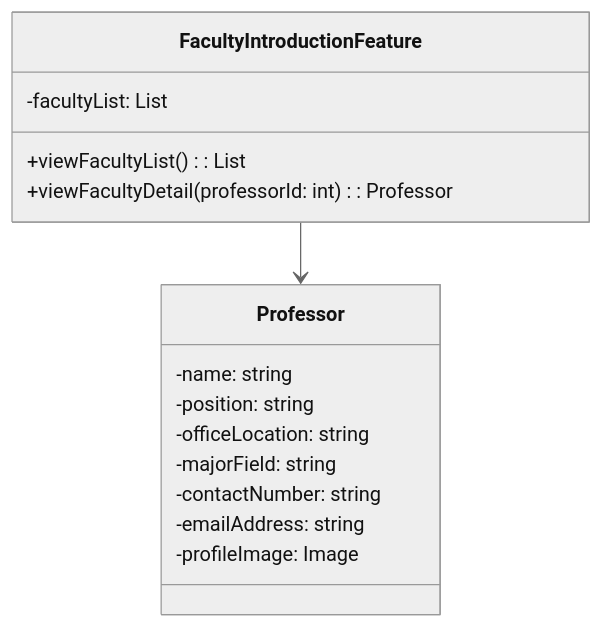
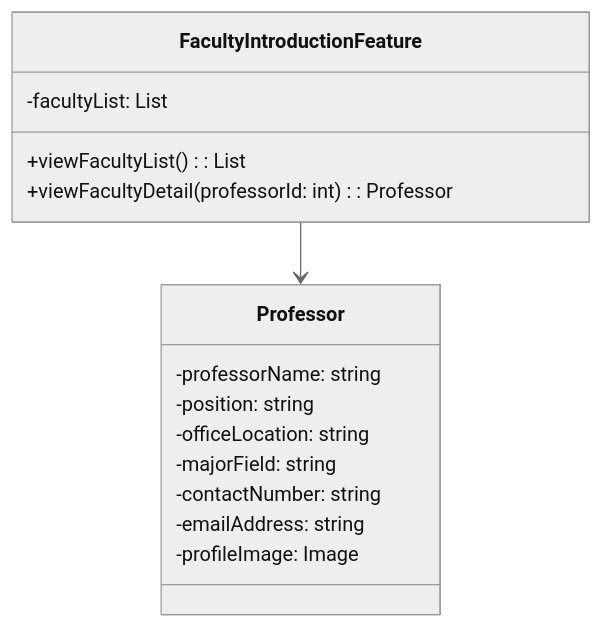
One commit to sun922/University-SoftwareDesign changed the second of 11 diagrams in 2. Design/Software Design Documents.md. Above: the diagram before and after it, drawn with Mermaid (neutral theme). The commit also changed other lines of this file, not shown here.

Commit message:
클래스 다이어그램 누락된거 수정

````diff
--- a/2. Design/Software Design Documents.md
+++ b/2. Design/Software Design Documents.md
@@ -164,19 +164,19 @@
 ```mermaid
 classDiagram
 class FacultyIntroductionFeature {
     -facultyList: List<Professor>
     +viewFacultyList(): List<Professor>
     +viewFacultyDetail(professorId: int): Professor
 }
 
 class Professor {
-    -name: string
+    -professorName: string
     -position: string
     -officeLocation: string
     -majorField: string
     -contactNumber: string
     -emailAddress: string
     -profileImage: Image
 }
 FacultyIntroductionFeature --> Professor
 ```
````
